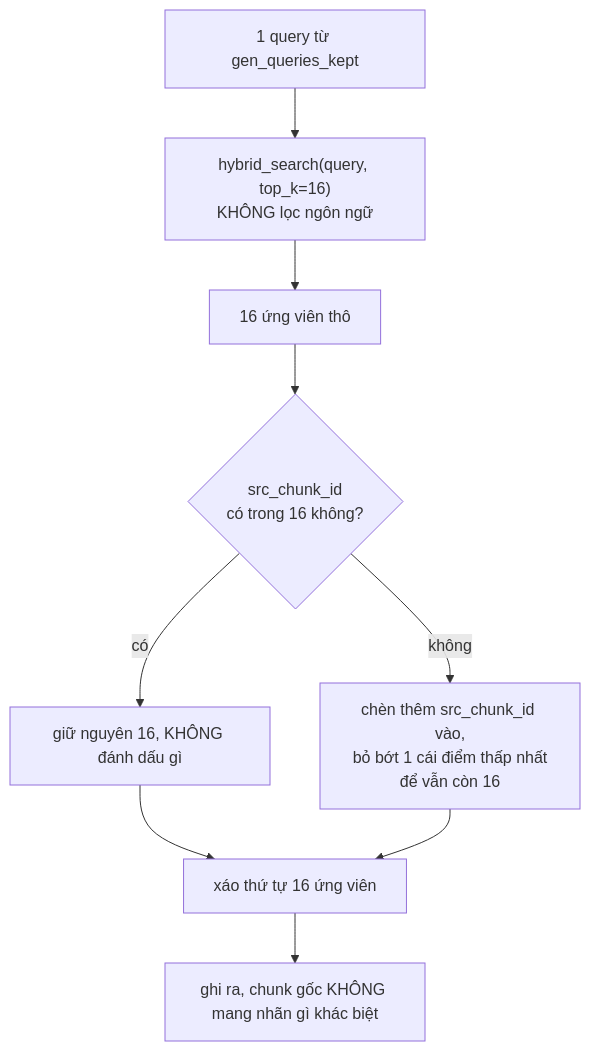
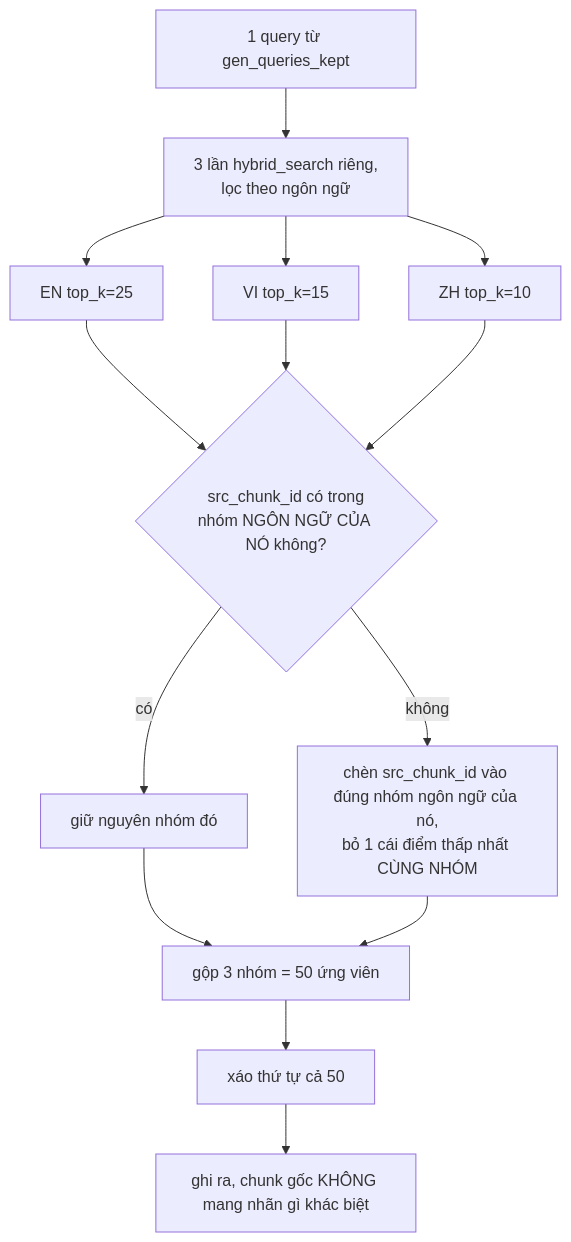
Before and after one commit to quyen244/medial-retrieval: the second of 4 diagrams in docs/buoc-4-5-cham-utility.md, drawn with Mermaid. The commit also changed other lines of this file and 6 other files, not shown here.

````diff
--- a/docs/buoc-4-5-cham-utility.md
+++ b/docs/buoc-4-5-cham-utility.md
@@ -32,11 +32,16 @@
 ```mermaid
 flowchart TD
-    A["1 query từ gen_queries_kept"] --> B["hybrid_search(query, top_k=16)<br/>KHÔNG lọc ngôn ngữ"]
-    B --> C["16 ứng viên thô"]
-    C --> D{"src_chunk_id<br/>có trong 16 không?"}
-    D -- có --> E["giữ nguyên 16, KHÔNG đánh dấu gì"]
-    D -- không --> F["chèn thêm src_chunk_id vào,<br/>bỏ bớt 1 cái điểm thấp nhất<br/>để vẫn còn 16"]
-    E --> G["xáo thứ tự 16 ứng viên"]
-    F --> G
+    A["1 query từ gen_queries_kept"] --> B["3 lần hybrid_search riêng,<br/>lọc theo ngôn ngữ"]
+    B --> B1["EN top_k=25"]
+    B --> B2["VI top_k=15"]
+    B --> B3["ZH top_k=10"]
+    B1 --> C{"src_chunk_id có trong<br/>nhóm NGÔN NGỮ CỦA NÓ không?"}
+    B2 --> C
+    B3 --> C
+    C -- có --> D["giữ nguyên nhóm đó"]
+    C -- không --> E["chèn src_chunk_id vào đúng nhóm ngôn ngữ của nó,<br/>bỏ 1 cái điểm thấp nhất CÙNG NHÓM"]
+    D --> F["gộp 3 nhóm = 50 ứng viên"]
+    E --> F
+    F --> G["xáo thứ tự cả 50"]
     G --> H["ghi ra, chunk gốc KHÔNG mang nhãn gì khác biệt"]
 ```
````
